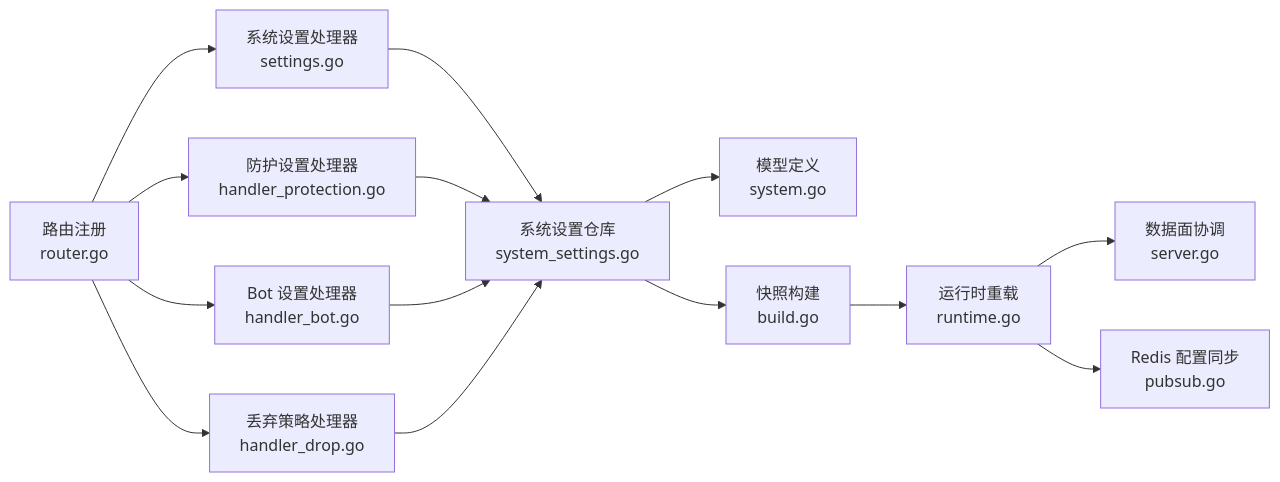
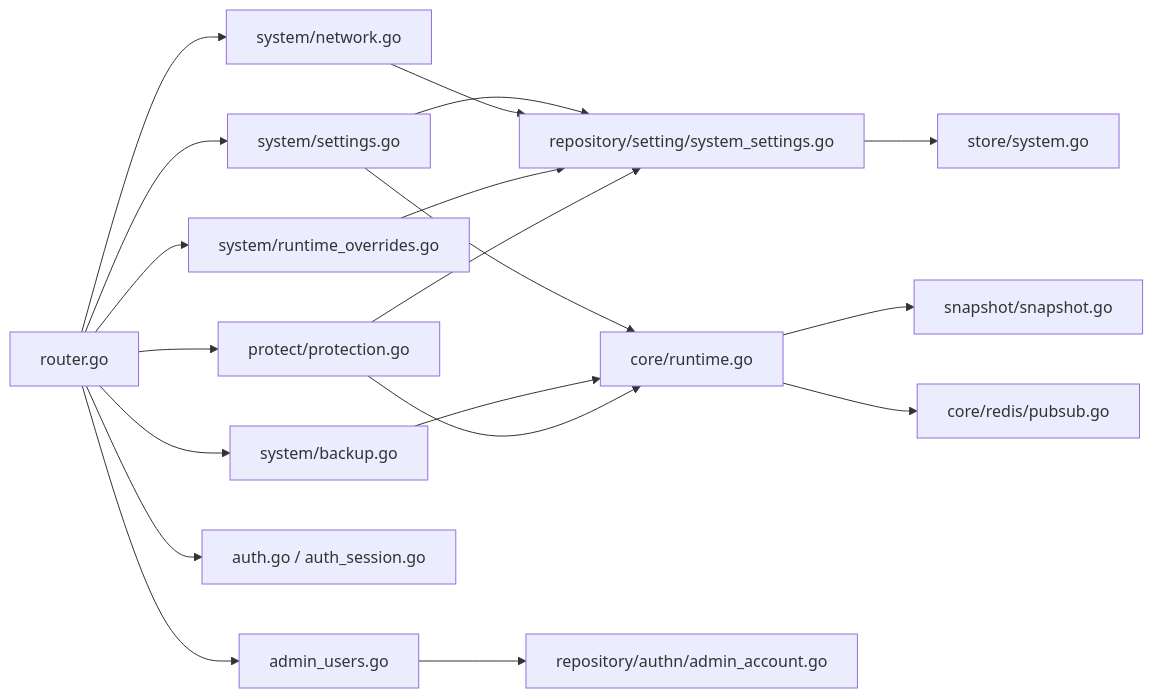
The fifth of 5 diagrams in docs/管理 API 系统/系统设置 API.md (x01n/My-OpenWaf), drawn with Mermaid before and after one commit. The commit also changed other lines of this file and 622 other files, not shown here.

````diff
--- a/docs/管理 API 系统/系统设置 API.md
+++ b/docs/管理 API 系统/系统设置 API.md
@@ -323,16 +569,21 @@
 ```mermaid
 graph LR
-A["路由注册<br/>router.go"] --> B["系统设置处理器<br/>settings.go"]
-A --> C["防护设置处理器<br/>handler_protection.go"]
-A --> D["Bot 设置处理器<br/>handler_bot.go"]
-A --> E["丢弃策略处理器<br/>handler_drop.go"]
-B --> F["系统设置仓库<br/>system_settings.go"]
-C --> F
-D --> F
-E --> F
-F --> G["模型定义<br/>system.go"]
-F --> H["快照构建<br/>build.go"]
-H --> I["运行时重载<br/>runtime.go"]
-I --> J["数据面协调<br/>server.go"]
-I --> K["Redis 配置同步<br/>pubsub.go"]
+RT["router.go"] --> SET["system/settings.go"]
+RT --> NET["system/network.go"]
+RT --> OV["system/runtime_overrides.go"]
+RT --> BK["system/backup.go"]
+RT --> AU["admin_users.go"]
+RT --> AUTH["auth.go / auth_session.go"]
+RT --> PROT["protect/protection.go"]
+SET --> SREPO["repository/setting/system_settings.go"]
+NET --> SREPO
+OV --> SREPO
+PROT --> SREPO
+SREPO --> MODEL["store/system.go"]
+SET --> CORE["core/runtime.go"]
+BK --> CORE
+PROT --> CORE
+CORE --> SNAP["snapshot/snapshot.go"]
+CORE --> PUB["core/redis/pubsub.go"]
+AU --> ACCT["repository/authn/admin_account.go"]
 ```
````
